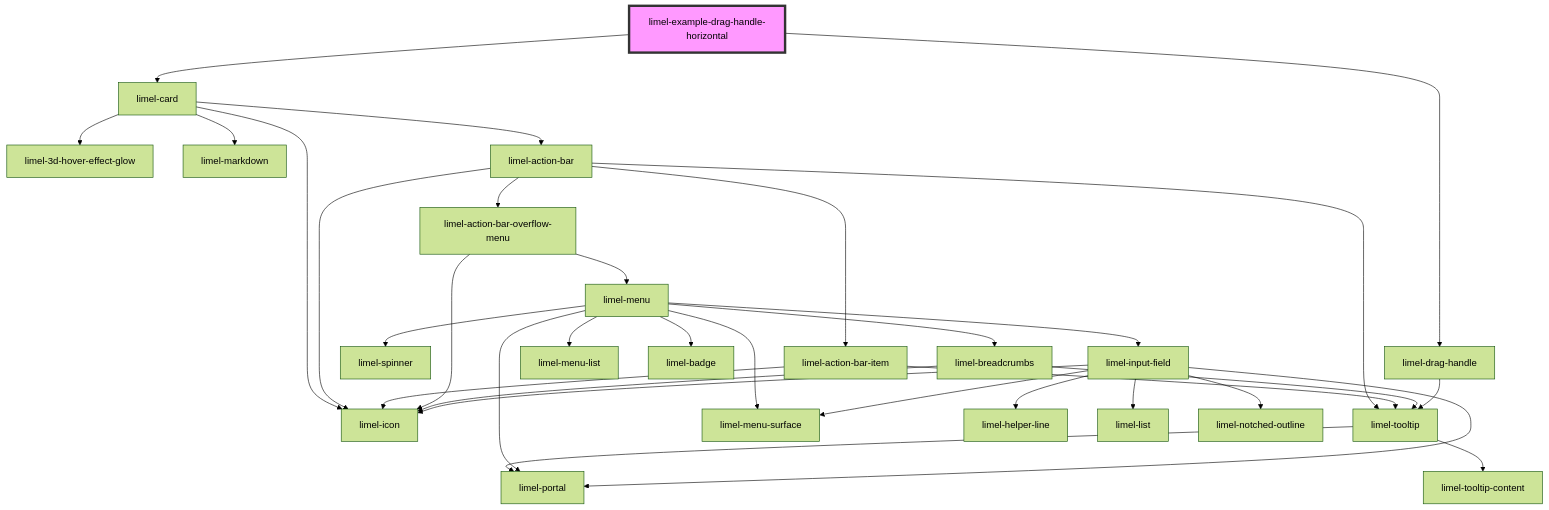
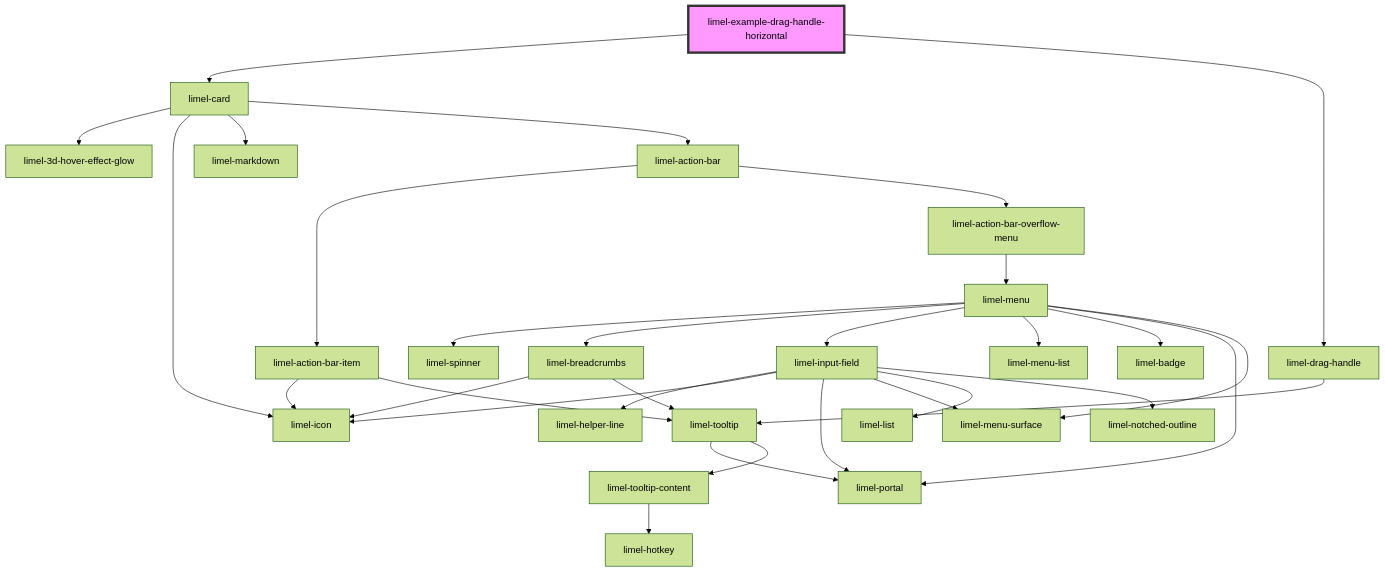
One commit to Lundalogik/lime-elements changed the diagram in versions/PR-3778/markdown-docs/components/drag-handle/examples/readme.md. Above: the diagram before and after it, drawn with Mermaid (forest theme). The commit also changed 773 other files, not shown here.

````diff
--- a/versions/PR-3778/markdown-docs/components/drag-handle/examples/readme.md
+++ b/versions/PR-3778/markdown-docs/components/drag-handle/examples/readme.md
@@ -19,36 +19,34 @@
 ```mermaid
 graph TD;
   limel-example-drag-handle-horizontal --> limel-card
   limel-example-drag-handle-horizontal --> limel-drag-handle
   limel-card --> limel-3d-hover-effect-glow
   limel-card --> limel-icon
   limel-card --> limel-markdown
   limel-card --> limel-action-bar
   limel-action-bar --> limel-action-bar-item
   limel-action-bar --> limel-action-bar-overflow-menu
-  limel-action-bar --> limel-icon
-  limel-action-bar --> limel-tooltip
   limel-action-bar-item --> limel-icon
   limel-action-bar-item --> limel-tooltip
   limel-tooltip --> limel-portal
   limel-tooltip --> limel-tooltip-content
-  limel-action-bar-overflow-menu --> limel-icon
+  limel-tooltip-content --> limel-hotkey
   limel-action-bar-overflow-menu --> limel-menu
   limel-menu --> limel-spinner
   limel-menu --> limel-breadcrumbs
   limel-menu --> limel-input-field
   limel-menu --> limel-menu-list
   limel-menu --> limel-badge
   limel-menu --> limel-portal
   limel-menu --> limel-menu-surface
   limel-breadcrumbs --> limel-icon
   limel-breadcrumbs --> limel-tooltip
   limel-input-field --> limel-helper-line
   limel-input-field --> limel-icon
   limel-input-field --> limel-portal
   limel-input-field --> limel-menu-surface
   limel-input-field --> limel-list
   limel-input-field --> limel-notched-outline
   limel-drag-handle --> limel-tooltip
   style limel-example-drag-handle-horizontal fill:#f9f,stroke:#333,stroke-width:4px
 ```
````
